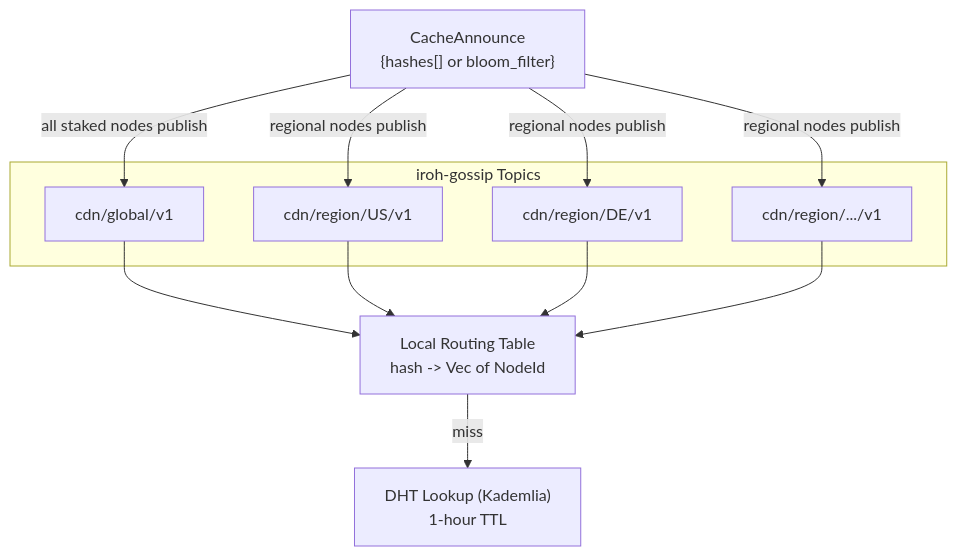
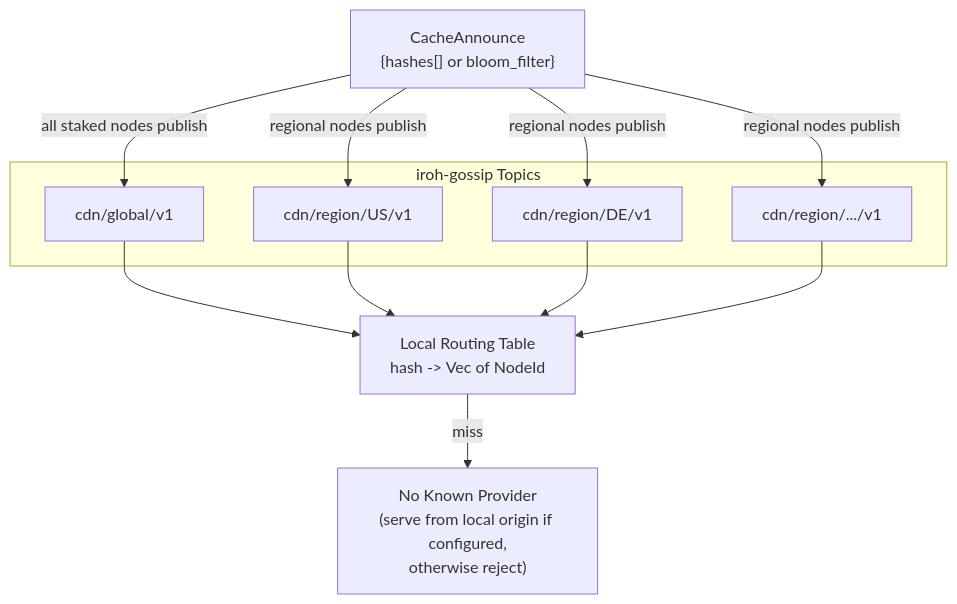
The diagram in adr/001-network.md (decdn/decdn), drawn with Mermaid before and after one commit. The commit also changed other lines of this file and 1 other file, not shown here.

First line of the commit message:
docs: defer DHT/Kademlia to post-PoC, document gossip-only discovery (#41)

````diff
--- a/adr/001-network.md
+++ b/adr/001-network.md
@@ -19,23 +19,23 @@
 ```mermaid
 graph TD
     subgraph Topics["iroh-gossip Topics"]
         GLOBAL["cdn/global/v1"]
         REG_US["cdn/region/US/v1"]
         REG_DE["cdn/region/DE/v1"]
         REG_ETC["cdn/region/.../v1"]
     end
 
     CA["CacheAnnounce<br/>{hashes[] or bloom_filter}"]
 
     CA -->|all staked nodes publish| GLOBAL
     CA -->|regional nodes publish| REG_US
     CA -->|regional nodes publish| REG_DE
     CA -->|regional nodes publish| REG_ETC
 
     GLOBAL --> RT["Local Routing Table<br/>hash -> Vec of NodeId"]
     REG_US --> RT
     REG_DE --> RT
     REG_ETC --> RT
 
-    RT -->|miss| DHT["DHT Lookup (Kademlia)<br/>1-hour TTL"]
+    RT -->|miss| MISS["No Known Provider<br/>(serve from local origin if configured,<br/>otherwise reject)"]
 ```
````
